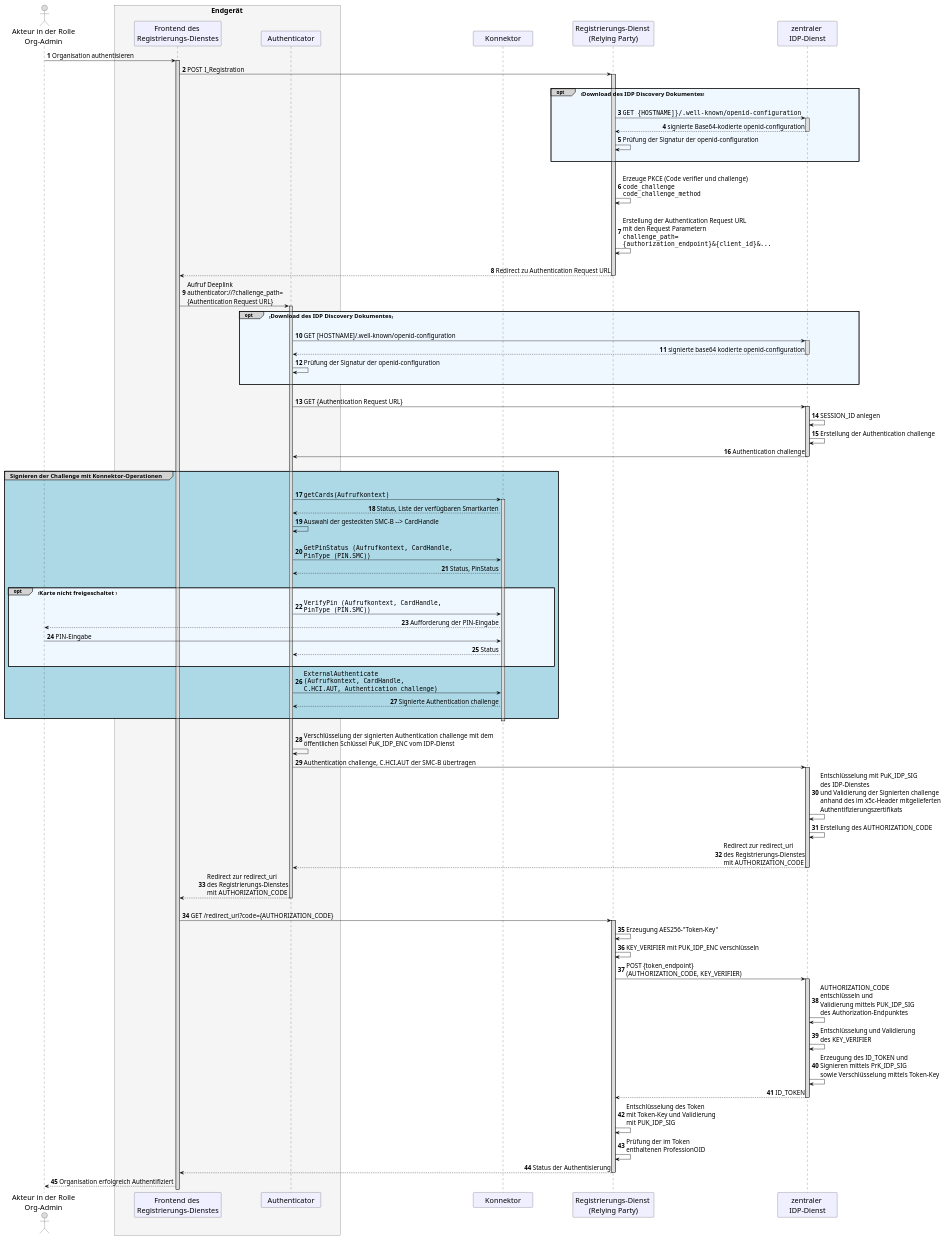
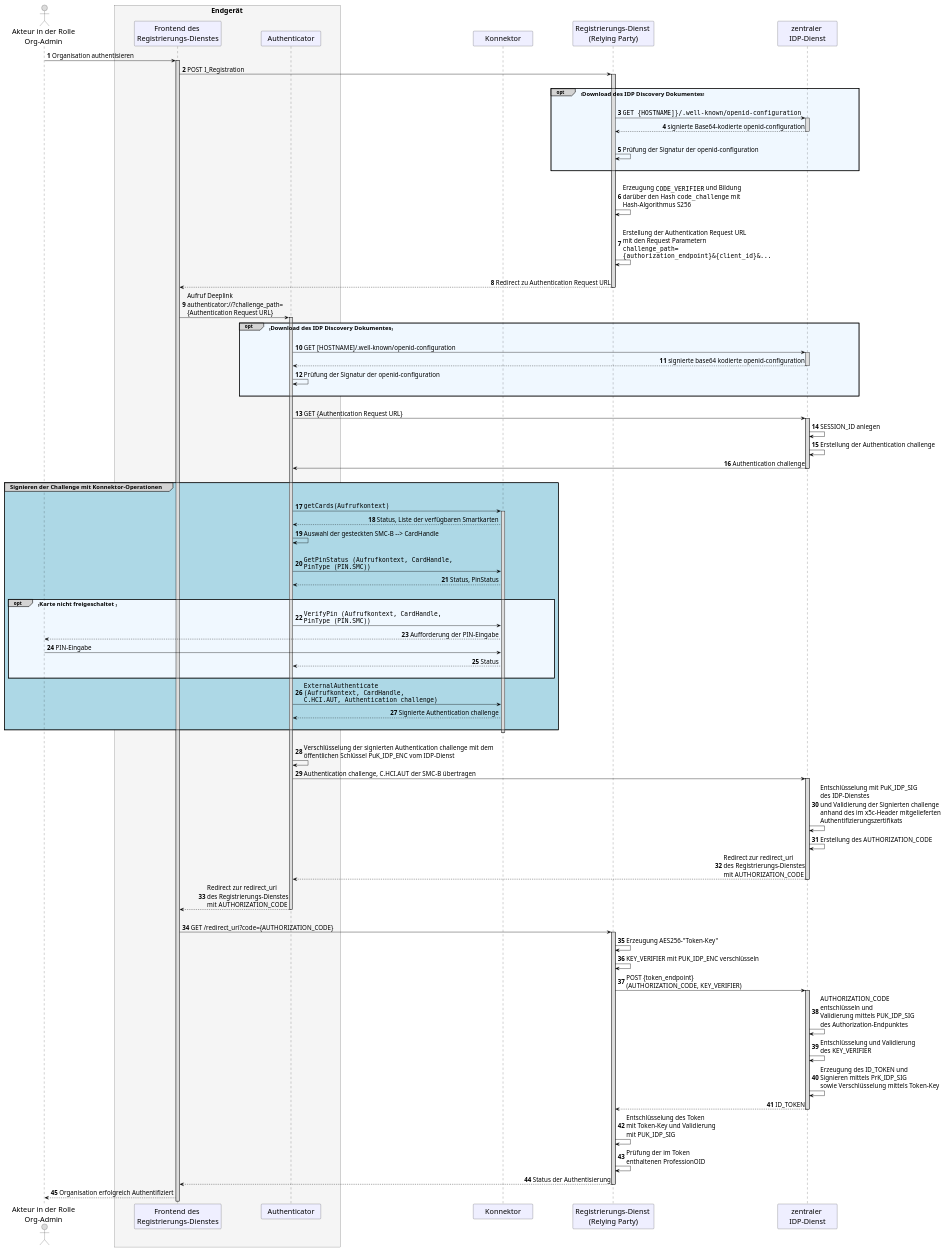
One commit to gematik/api-ti-messenger changed the diagram in src/plantuml/idp.puml. Above: the diagram before and after it, drawn with PlantUML.

```diff
--- a/src/plantuml/idp.puml
+++ b/src/plantuml/idp.puml
@@ -1,134 +1,135 @@
 skinparam sequenceMessageAlign direction
 skinparam WrapWidth 300
 skinparam minClassWidth 150
 skinparam BoxPadding 1
 skinparam ParticipantPadding 50
 skinparam sequenceReferenceHeaderBackgroundColor palegreen
 scale max 2048 width
 
 skinparam sequence {
 ArrowColor black
 ArrowFontSize 17
 ActorBorderColor black
 LifeLineBorderColor black
 LifeLineBackgroundColor Gainsboro
 
 ParticipantBorderColor Motivation
 ParticipantBackgroundColor Motivation
 ParticipantFontSize 20
 ParticipantFontColor black
 ParticipantBorderColor Black
 ParticipantBackgroundColor MOTIVATION
 
 ActorBackgroundColor Gainsboro
 ActorFontColor black
 ActorFontSize 20
 }
 
 autonumber
 
 actor oa as "Akteur in der Rolle\nOrg-Admin"
   box <size:19>Endgerät</size> #WhiteSmoke
   participant wb as "Frontend des \nRegistrierungs-Dienstes"
   participant au as "Authenticator"
   end box
 participant ko as "Konnektor"
 participant rd as "Registrierungs-Dienst \n(Relying Party)"
 participant ip as "zentraler \nIDP-Dienst"
 
 oa -> wb: Organisation authentisieren 
 
  activate wb
 wb -> rd:POST I_Registration
  |||
  activate rd
       opt#LightGrey #AliceBlue <size:16>Download des IDP Discovery Dokumentes</size>
           |||        
             rd -> ip:""GET {HOSTNAME]}/.well-known/openid-configuration""
             activate ip
             ip --> rd:signierte Base64-kodierte openid-configuration 
             deactivate ip
+            |||
             rd -> rd:Prüfung der Signatur der openid-configuration
           |||
           end
 |||
-rd->rd: Erzeuge PKCE (Code verifier und challenge) \n""code_challenge""\n""code_challenge_method""
+rd->rd: Erzeugung ""CODE_VERIFIER"" und Bildung \ndarüber den Hash ""code_challenge"" mit \nHash-Algorithmus S256
 
      
 |||
 rd->rd: Erstellung der Authentication Request URL\nmit den Request Parametern \n""challenge_path=""\n""{authorization_endpoint}&{client_id}&...""
         |||
 
 rd --> wb: Redirect zu Authentication Request URL 
  deactivate rd
 
         wb -> au: Aufruf Deeplink \nauthenticator://?challenge_path=\n{Authentication Request URL} 
         activate au        
           opt#LightGrey #AliceBlue <size:16>Download des IDP Discovery Dokumentes</size>
           |||        
             au -> ip:GET [HOSTNAME]/.well-known/openid-configuration
             activate ip
             ip --> au:signierte base64 kodierte openid-configuration 
             deactivate ip
             au -> au:Prüfung der Signatur der openid-configuration
           |||
           end
         |||
         au -> ip: GET {Authentication Request URL}
         activate ip
         ip -> ip: SESSION_ID anlegen
         ip -> ip: Erstellung der Authentication challenge
                 
         ip -> au: Authentication challenge
         deactivate ip
         |||
         group#LightGrey #LightBlue <size:16>Signieren der Challenge mit Konnektor-Operationen</size>
         |||
           au -> ko: ""getCards(Aufrufkontext)""
            activate ko
           ko --> au: Status, Liste der verfügbaren Smartkarten
           au -> au: Auswahl der gesteckten SMC-B --> CardHandle
           |||
           au -> ko: ""GetPinStatus (Aufrufkontext, CardHandle,""\n""PinType (PIN.SMC))""
           ko --> au: Status, PinStatus
           |||
             opt#LightGrey #AliceBlue <size:16>Karte nicht freigeschaltet </size>
               au -> ko: ""VerifyPin (Aufrufkontext, CardHandle,""\n""PinType (PIN.SMC))""
               ko --> oa: Aufforderung der PIN-Eingabe
               oa -> ko: PIN-Eingabe
               ko --> au: Status
             |||
             end
           au -> ko: ""ExternalAuthenticate""\n""(Aufrufkontext, CardHandle,""\n""C.HCI.AUT, Authentication challenge)""
           ko --> au: Signierte Authentication challenge
         |||
         end
           deactivate ko
         |||
         au -> au: Verschlüsselung der signierten Authentication challenge mit dem \nöffentlichen Schlüssel PuK_IDP_ENC vom IDP-Dienst
         au ->ip: Authentication challenge, C.HCI.AUT der SMC-B übertragen
         activate ip
         ip -> ip: Entschlüsselung mit PuK_IDP_SIG\ndes IDP-Dienstes\nund Validierung der Signierten challenge\nanhand des im x5c-Header mitgelieferten\nAuthentifizierungszertifikats
         ip -> ip: Erstellung des AUTHORIZATION_CODE
         ip --> au: Redirect zur redirect_uri\ndes Registrierungs-Dienstes\nmit AUTHORIZATION_CODE
           deactivate ip
         au --> wb: Redirect zur redirect_uri\ndes Registrierungs-Dienstes\nmit AUTHORIZATION_CODE
           deactivate au
         |||
         wb -> rd: GET /redirect_uri?code={AUTHORIZATION_CODE}
           activate rd
         rd -> rd: Erzeugung AES256-"Token-Key"
         rd -> rd: KEY_VERIFIER mit PUK_IDP_ENC verschlüsseln
         rd -> ip: POST {token_endpoint}\n(AUTHORIZATION_CODE, KEY_VERIFIER)
          activate ip
         ip -> ip: AUTHORIZATION_CODE\nentschlüsseln und\nValidierung mittels PUK_IDP_SIG\ndes Authorization-Endpunktes
         ip -> ip: Entschlüsselung und Validierung\ndes KEY_VERIFIER
         ip -> ip: Erzeugung des ID_TOKEN und\nSignieren mittels PrK_IDP_SIG\nsowie Verschlüsselung mittels Token-Key
         ip --> rd: ID_TOKEN
          deactivate ip
         rd -> rd:  Entschlüsselung des Token\nmit Token-Key und Validierung\nmit PUK_IDP_SIG
         rd -> rd: Prüfung der im Token\nenthaltenen ProfessionOID
         rd --> wb: Status der Authentisierung
          deactivate rd
         wb --> oa: Organisation erfolgreich Authentifiziert
 @enduml
```
